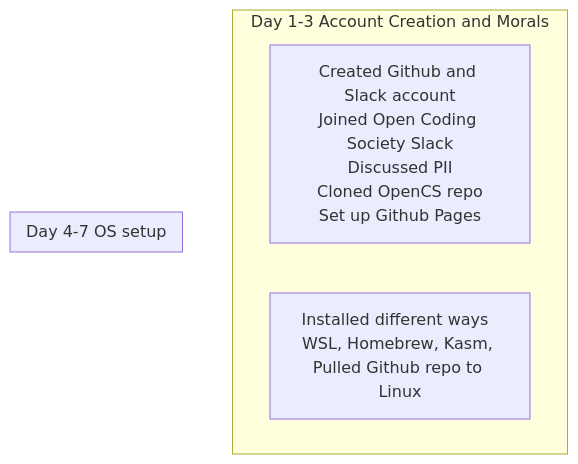
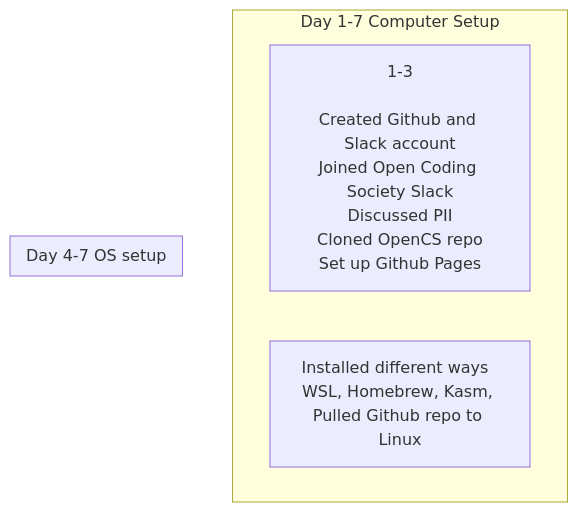
One commit to rsharma5128/student changed the second of 2 diagrams in _posts/Foundation/B-tools_and_equipment/2025-11-21-tools_quest.md. Above: the diagram before and after it, drawn with Mermaid.

Commit message:
title change

````diff
--- a/_posts/Foundation/B-tools_and_equipment/2025-11-21-tools_quest.md
+++ b/_posts/Foundation/B-tools_and_equipment/2025-11-21-tools_quest.md
@@ -59,9 +59,9 @@
 ```mermaid
 flowchart TD
-    subgraph Day_1[Day 1-3 Account Creation and Morals]
-        A[Created Github and Slack account<br/>Joined Open Coding Society Slack<br/>Discussed PII<br/>Cloned OpenCS repo<br/>Set up Github Pages]:::dayuno
+    subgraph Day_1[Day 1-7 Computer Setup]
+        A[1-3<br/><br/>Created Github and Slack account<br/>Joined Open Coding Society Slack<br/>Discussed PII<br/>Cloned OpenCS repo<br/>Set up Github Pages]:::dayuno
         B[Installed different ways  <br/>WSL, Homebrew, Kasm, <br/>Pulled Github repo to Linux]:::daydos
 end 
     subgraph Day_2[Day 4-7 OS setup]
 end
 ```
````
